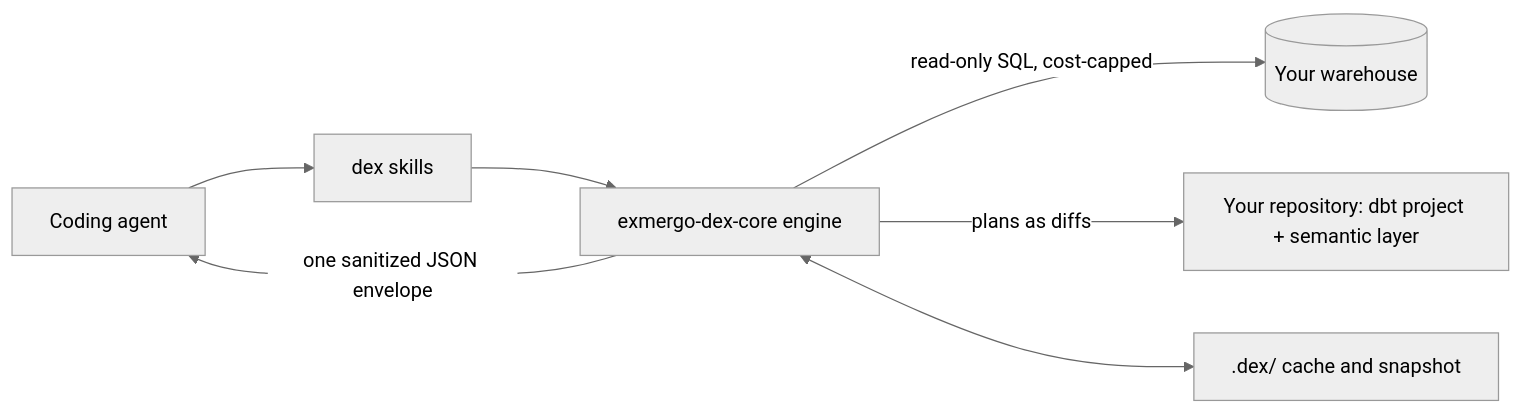
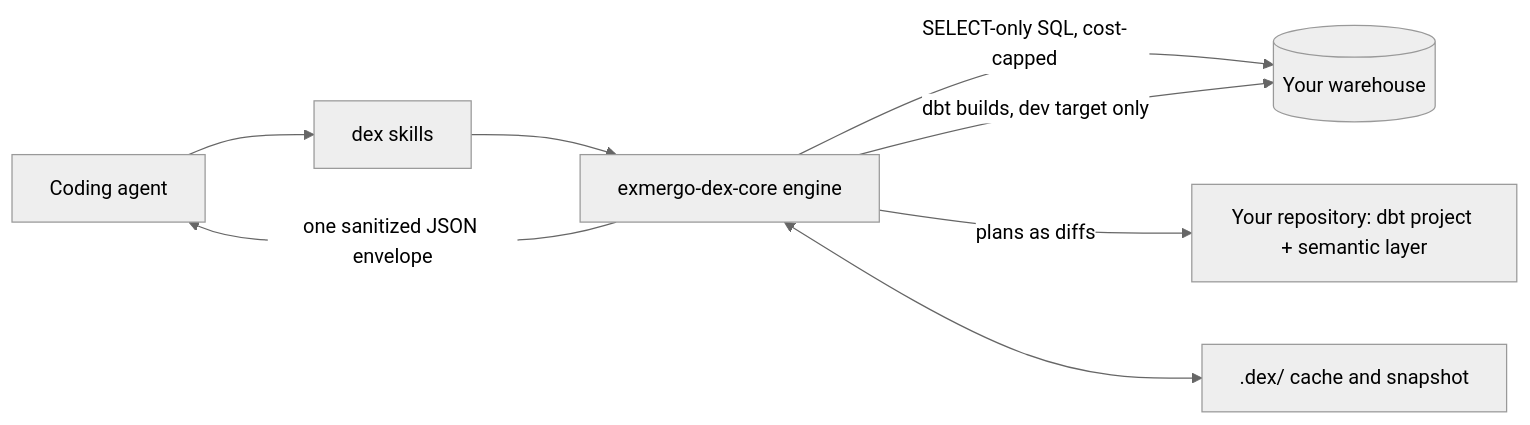
One commit to ANO3457/dex changed the diagram in README.md. Above: the diagram before and after it, drawn with Mermaid (neutral theme). The commit also changed other lines of this file and 3 other files, not shown here.

````diff
--- a/README.md
+++ b/README.md
@@ -157,9 +160,10 @@
 ```mermaid
 flowchart LR
   Agent[Coding agent] --> Skills[dex skills]
   Skills --> Engine[exmergo-dex-core engine]
-  Engine -->|read-only SQL, cost-capped| Warehouse[(Your warehouse)]
+  Engine -->|SELECT-only SQL, cost-capped| Warehouse[(Your warehouse)]
+  Engine -->|dbt builds, dev target only| Warehouse
   Engine -->|one sanitized JSON envelope| Agent
   Engine -->|plans as diffs| Repo[Your repository: dbt project + semantic layer]
   Engine <--> Cache[.dex/ cache and snapshot]
 ```
````
